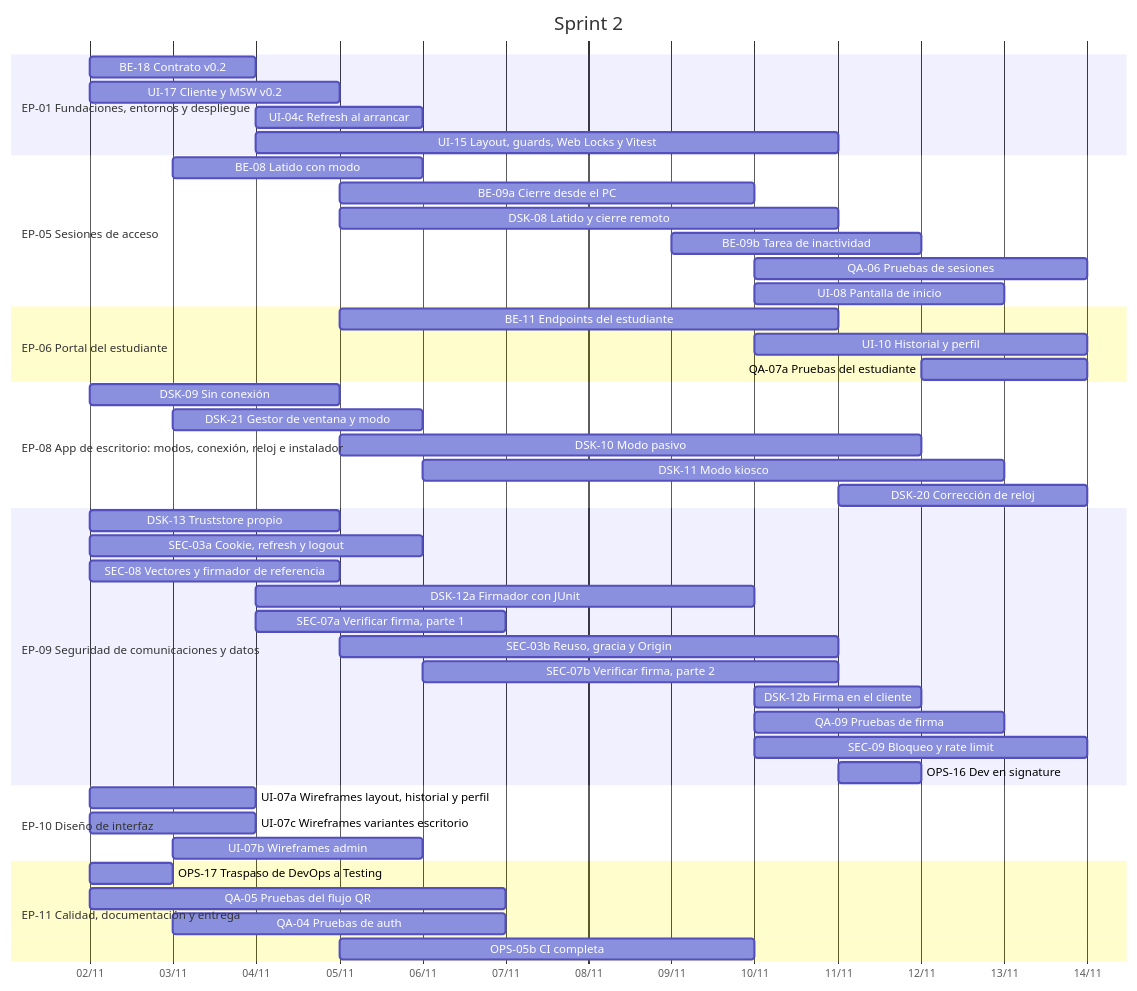
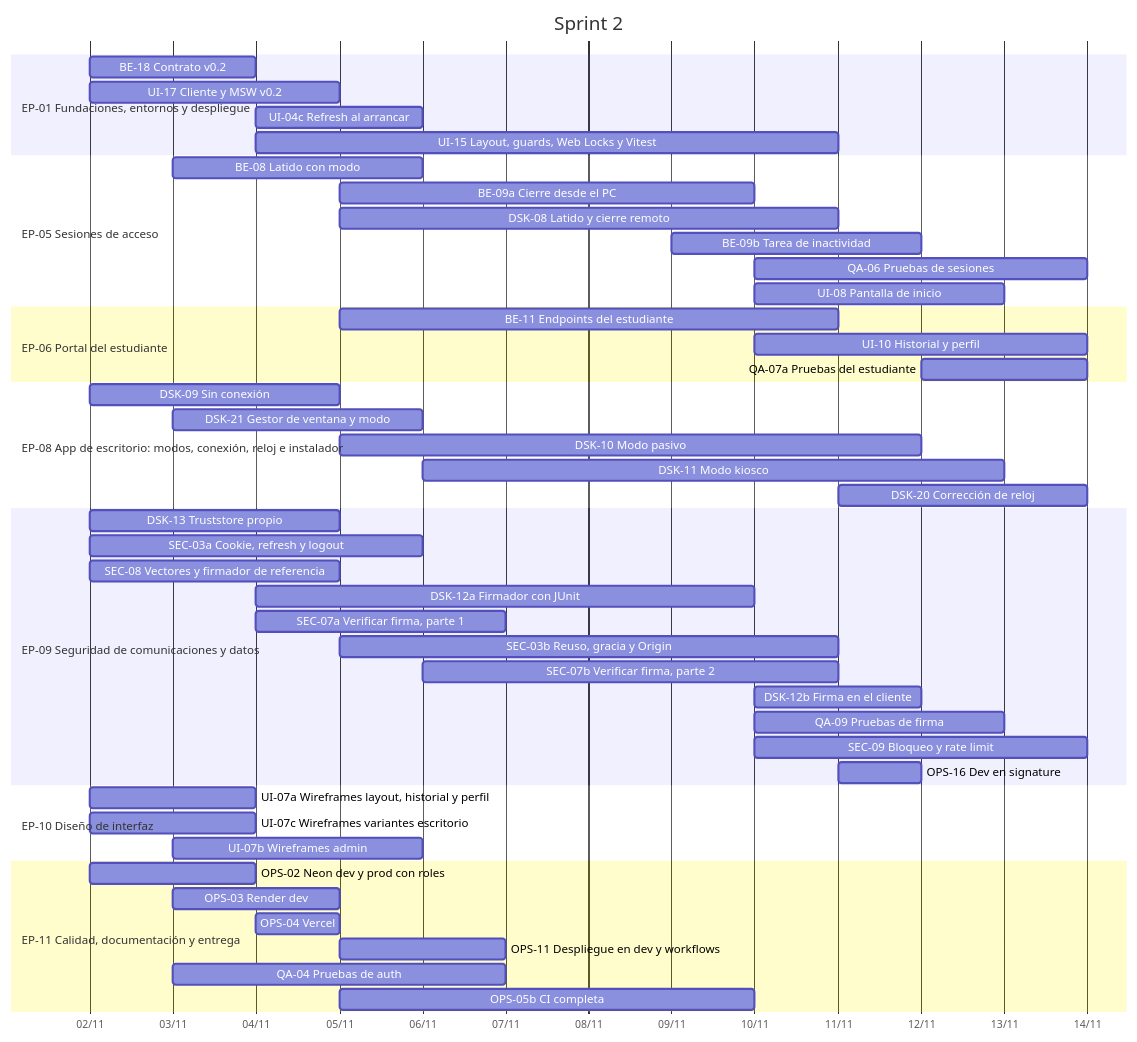
The second of 4 diagrams in docs/backlog/backlog-mvp.md (DidierParody/internet-cafe), drawn with Mermaid before and after one commit. The commit also changed other lines of this file and 1 other file, not shown here.

````diff
--- a/docs/backlog/backlog-mvp.md
+++ b/docs/backlog/backlog-mvp.md
@@ -464,49 +463,51 @@
 ```mermaid
 gantt
   title Sprint 2
   dateFormat YYYY-MM-DD
   axisFormat %d/%m
   section EP-01 Fundaciones, entornos y despliegue
   BE-18 Contrato v0.2 :BE18, 2026-11-02, 2026-11-04
   UI-17 Cliente y MSW v0.2 :UI17, 2026-11-02, 2026-11-05
   UI-04c Refresh al arrancar :UI04c, 2026-11-04, 2026-11-06
   UI-15 Layout, guards, Web Locks y Vitest :UI15, 2026-11-04, 2026-11-11
   section EP-05 Sesiones de acceso
   BE-08 Latido con modo :BE08, 2026-11-03, 2026-11-06
   BE-09a Cierre desde el PC :BE09a, 2026-11-05, 2026-11-10
   DSK-08 Latido y cierre remoto :DSK08, 2026-11-05, 2026-11-11
   BE-09b Tarea de inactividad :BE09b, 2026-11-09, 2026-11-12
   QA-06 Pruebas de sesiones :QA06, 2026-11-10, 2026-11-14
   UI-08 Pantalla de inicio :UI08, 2026-11-10, 2026-11-13
   section EP-06 Portal del estudiante
   BE-11 Endpoints del estudiante :BE11, 2026-11-05, 2026-11-11
   UI-10 Historial y perfil :UI10, 2026-11-10, 2026-11-14
   QA-07a Pruebas del estudiante :QA07a, 2026-11-12, 2026-11-14
   section EP-08 App de escritorio: modos, conexión, reloj e instalador
   DSK-09 Sin conexión :DSK09, 2026-11-02, 2026-11-05
   DSK-21 Gestor de ventana y modo :DSK21, 2026-11-03, 2026-11-06
   DSK-10 Modo pasivo :DSK10, 2026-11-05, 2026-11-12
   DSK-11 Modo kiosco :DSK11, 2026-11-06, 2026-11-13
   DSK-20 Corrección de reloj :DSK20, 2026-11-11, 2026-11-14
   section EP-09 Seguridad de comunicaciones y datos
   DSK-13 Truststore propio :DSK13, 2026-11-02, 2026-11-05
   SEC-03a Cookie, refresh y logout :SEC03a, 2026-11-02, 2026-11-06
   SEC-08 Vectores y firmador de referencia :SEC08, 2026-11-02, 2026-11-05
   DSK-12a Firmador con JUnit :DSK12a, 2026-11-04, 2026-11-10
   SEC-07a Verificar firma, parte 1 :SEC07a, 2026-11-04, 2026-11-07
   SEC-03b Reuso, gracia y Origin :SEC03b, 2026-11-05, 2026-11-11
   SEC-07b Verificar firma, parte 2 :SEC07b, 2026-11-06, 2026-11-11
   DSK-12b Firma en el cliente :DSK12b, 2026-11-10, 2026-11-12
   QA-09 Pruebas de firma :QA09, 2026-11-10, 2026-11-13
   SEC-09 Bloqueo y rate limit :SEC09, 2026-11-10, 2026-11-14
   OPS-16 Dev en signature :OPS16, 2026-11-11, 2026-11-12
   section EP-10 Diseño de interfaz
   UI-07a Wireframes layout, historial y perfil :UI07a, 2026-11-02, 2026-11-04
   UI-07c Wireframes variantes escritorio :UI07c, 2026-11-02, 2026-11-04
   UI-07b Wireframes admin :UI07b, 2026-11-03, 2026-11-06
   section EP-11 Calidad, documentación y entrega
-  OPS-17 Traspaso de DevOps a Testing :OPS17, 2026-11-02, 2026-11-03
-  QA-05 Pruebas del flujo QR :QA05, 2026-11-02, 2026-11-07
+  OPS-02 Neon dev y prod con roles :OPS02, 2026-11-02, 2026-11-04
+  OPS-03 Render dev :OPS03, 2026-11-03, 2026-11-05
+  OPS-04 Vercel :OPS04, 2026-11-04, 2026-11-05
+  OPS-11 Despliegue en dev y workflows :OPS11, 2026-11-05, 2026-11-07
   QA-04 Pruebas de auth :QA04, 2026-11-03, 2026-11-07
   OPS-05b CI completa :OPS05b, 2026-11-05, 2026-11-10
 ```
````
